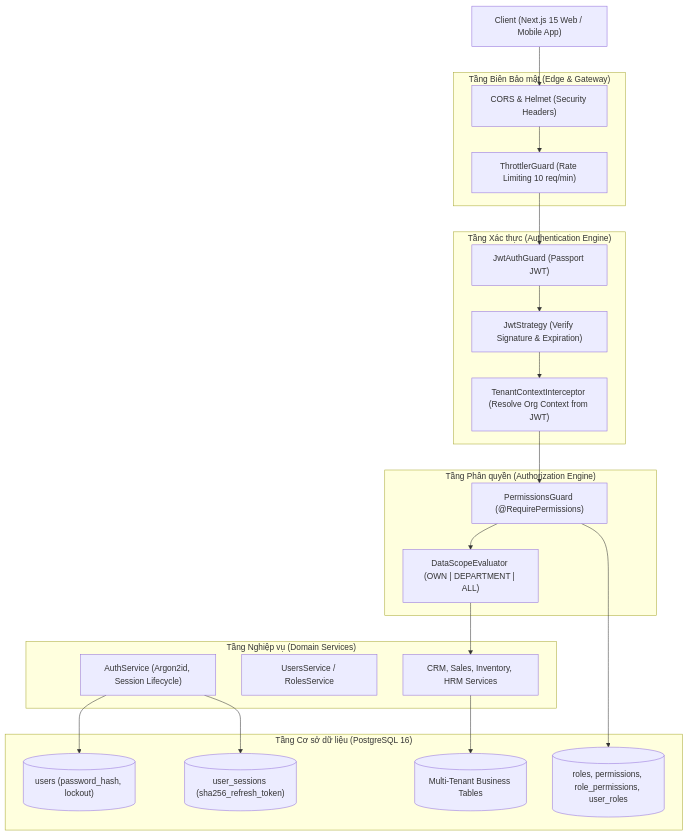
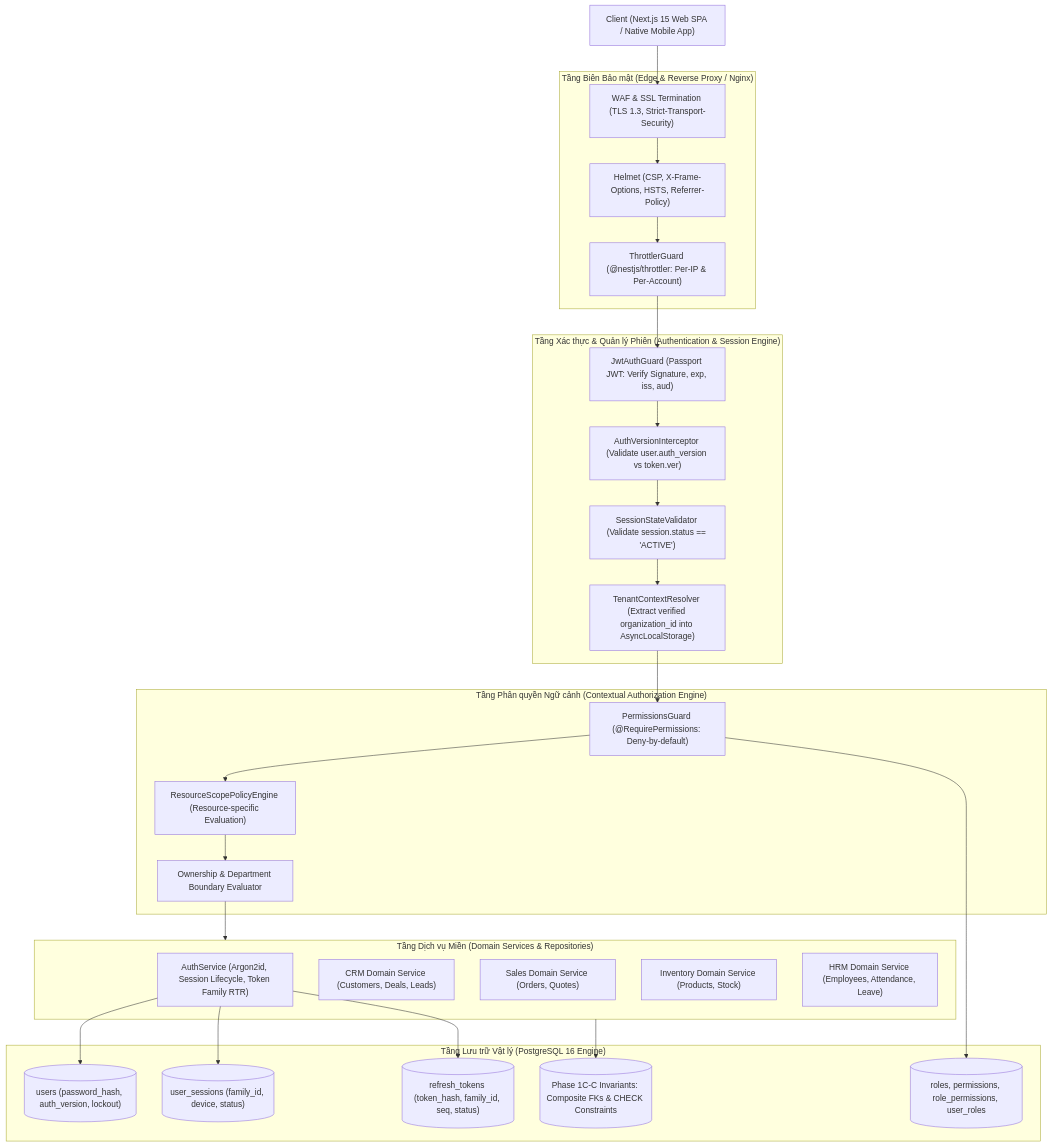
One commit to ntrungz0704/bizpro changed the first of 5 diagrams in docs/PHASE_1D_ARCHITECTURE_BLUEPRINT.md. Above: the diagram before and after it, drawn with Mermaid. The commit also changed other lines of this file and 5 other files, not shown here.

Commit message:
docs(phase-1d): complete cross-document architecture revision across all 6 blueprint documents

````diff
--- a/docs/PHASE_1D_ARCHITECTURE_BLUEPRINT.md
+++ b/docs/PHASE_1D_ARCHITECTURE_BLUEPRINT.md
@@ -14,43 +14,49 @@
 ```mermaid
 graph TD
-    Client["Client (Next.js 15 Web / Mobile App)"]
+    Client["Client (Next.js 15 Web SPA / Native Mobile App)"]
     
-    subgraph Edge_Security["Tầng Biên Bảo mật (Edge & Gateway)"]
-        RateLimiter["ThrottlerGuard (Rate Limiting 10 req/min)"]
-        CorsHelmet["CORS & Helmet (Security Headers)"]
+    subgraph Edge_Security["Tầng Biên Bảo mật (Edge & Reverse Proxy / Nginx)"]
+        WAF["WAF & SSL Termination (TLS 1.3, Strict-Transport-Security)"]
+        RateLimiter["ThrottlerGuard (@nestjs/throttler: Per-IP & Per-Account)"]
+        SecurityHeaders["Helmet (CSP, X-Frame-Options, HSTS, Referrer-Policy)"]
     end
 
-    subgraph Authentication_Layer["Tầng Xác thực (Authentication Engine)"]
-        JwtGuard["JwtAuthGuard (Passport JWT)"]
-        JwtStrategy["JwtStrategy (Verify Signature & Expiration)"]
-        TenantExtractor["TenantContextInterceptor (Resolve Org Context from JWT)"]
+    subgraph Authentication_Layer["Tầng Xác thực & Quản lý Phiên (Authentication & Session Engine)"]
+        JwtGuard["JwtAuthGuard (Passport JWT: Verify Signature, exp, iss, aud)"]
+        AuthVersionValidator["AuthVersionInterceptor (Validate user.auth_version vs token.ver)"]
+        SessionValidator["SessionStateValidator (Validate session.status == 'ACTIVE')"]
+        TenantResolver["TenantContextResolver (Extract verified organization_id into AsyncLocalStorage)"]
     end
 
-    subgraph Authorization_Layer["Tầng Phân quyền (Authorization Engine)"]
-        PermGuard["PermissionsGuard (@RequirePermissions)"]
-        ScopeEngine["DataScopeEvaluator (OWN | DEPARTMENT | ALL)"]
+    subgraph Authorization_Layer["Tầng Phân quyền Ngữ cảnh (Contextual Authorization Engine)"]
+        PermGuard["PermissionsGuard (@RequirePermissions: Deny-by-default)"]
+        ResourceScopePolicy["ResourceScopePolicyEngine (Resource-specific Evaluation)"]
+        OwnershipBoundary["Ownership & Department Boundary Evaluator"]
     end
 
-    subgraph Domain_Services["Tầng Nghiệp vụ (Domain Services)"]
-        AuthService["AuthService (Argon2id, Session Lifecycle)"]
-        UserService["UsersService / RolesService"]
-        BusinessServices["CRM, Sales, Inventory, HRM Services"]
+    subgraph Domain_Services["Tầng Dịch vụ Miền (Domain Services & Repositories)"]
+        AuthService["AuthService (Argon2id, Session Lifecycle, Token Family RTR)"]
+        CRMService["CRM Domain Service (Customers, Deals, Leads)"]
+        SalesService["Sales Domain Service (Orders, Quotes)"]
+        InventoryService["Inventory Domain Service (Products, Stock)"]
+        HRMService["HRM Domain Service (Employees, Attendance, Leave)"]
     end
 
-    subgraph Database_Layer["Tầng Cơ sở dữ liệu (PostgreSQL 16)"]
-        UsersTable[("users (password_hash, lockout)")]
-        SessionsTable[("user_sessions (sha256_refresh_token)")]
-        RbacTables[("roles, permissions, role_permissions, user_roles")]
-        TenantData[("Multi-Tenant Business Tables")]
+    subgraph Storage_Layer["Tầng Lưu trữ Vật lý (PostgreSQL 16 Engine)"]
+        UsersTbl[("users (password_hash, auth_version, lockout)")]
+        SessionsTbl[("user_sessions (family_id, device, status)")]
+        RefreshTokensTbl[("refresh_tokens (token_hash, family_id, seq, status)")]
+        RbacTbls[("roles, permissions, role_permissions, user_roles")]
+        CompositeFKs[("Phase 1C-C Invariants: Composite FKs & CHECK Constraints")]
     end
 
-    Client --> CorsHelmet --> RateLimiter
-    RateLimiter --> JwtGuard --> JwtStrategy
-    JwtStrategy --> TenantExtractor
-    TenantExtractor --> PermGuard --> ScopeEngine
-    ScopeEngine --> BusinessServices
-    AuthService --> UsersTable
-    AuthService --> SessionsTable
-    PermGuard --> RbacTables
-    BusinessServices --> TenantData
+    Client --> WAF --> SecurityHeaders --> RateLimiter
+    RateLimiter --> JwtGuard --> AuthVersionValidator --> SessionValidator --> TenantResolver
+    TenantResolver --> PermGuard --> ResourceScopePolicy --> OwnershipBoundary
+    OwnershipBoundary --> Domain_Services
+    AuthService --> UsersTbl
+    AuthService --> SessionsTbl
+    AuthService --> RefreshTokensTbl
+    PermGuard --> RbacTbls
+    Domain_Services --> CompositeFKs
 ```
````
